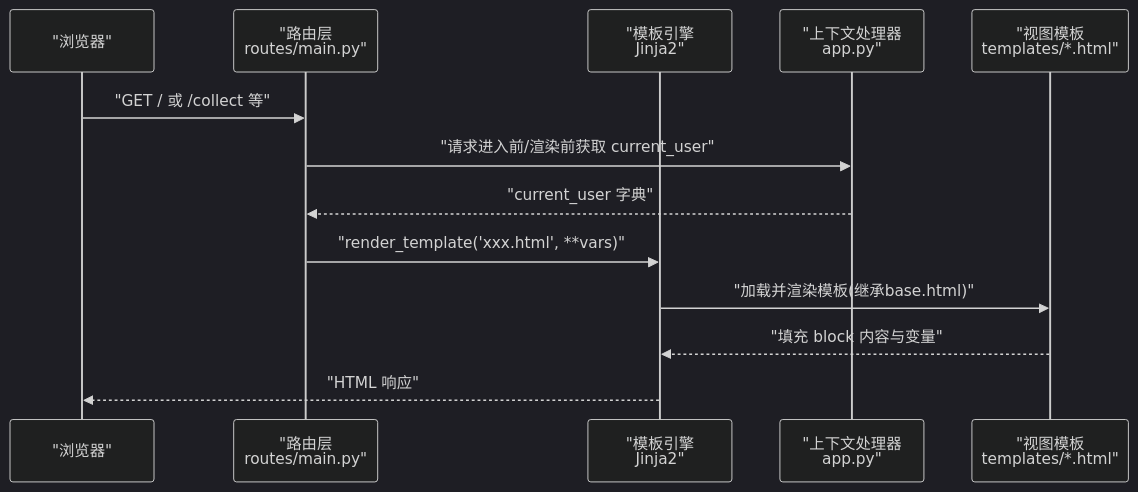
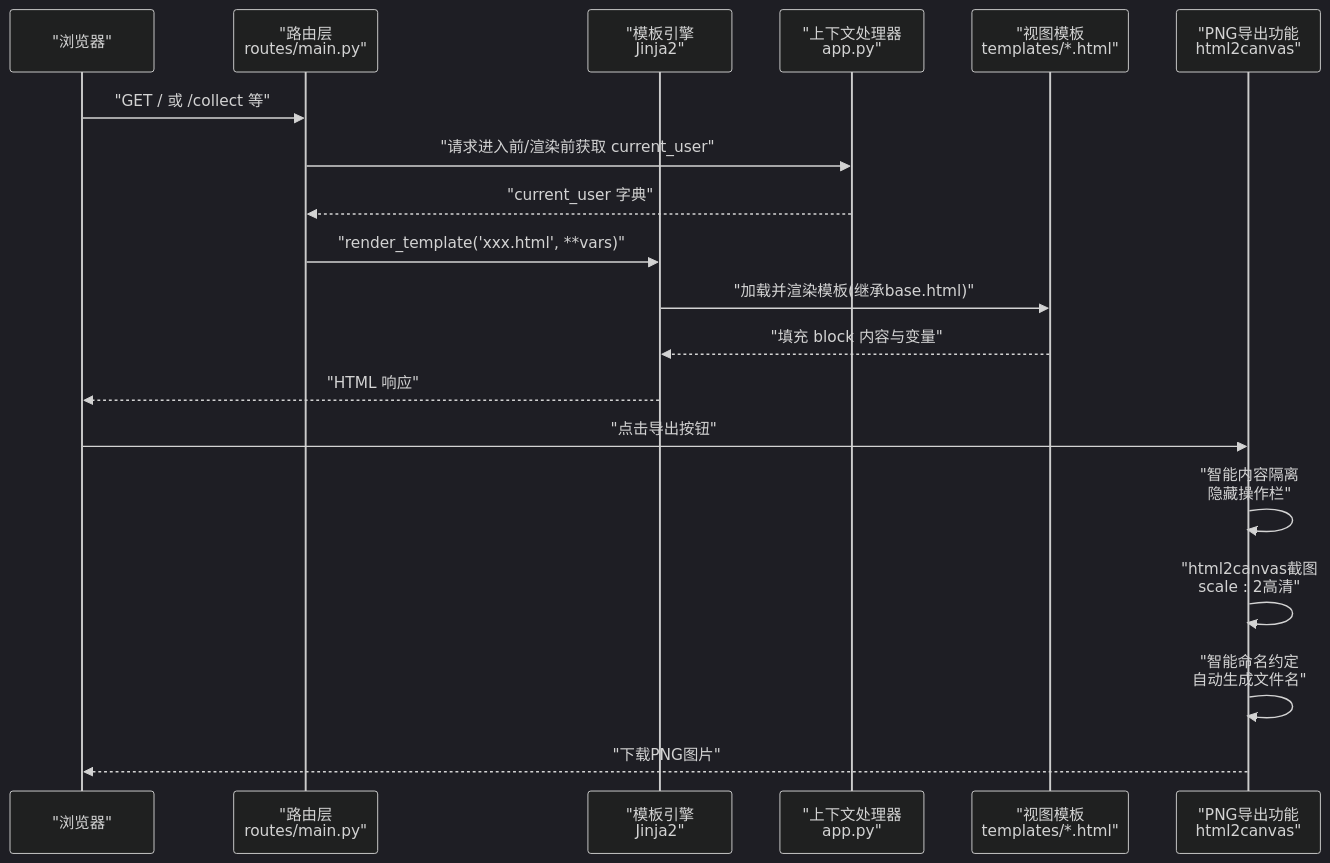
One commit to oreovan567-pixel/middle-platform-data-collector changed the second of 6 diagrams in .qoder/repowiki/zh/content/Web应用/前端界面/模板系统.md. Above: the diagram before and after it, drawn with Mermaid (dark theme). The commit also changed other lines of this file and 9 other files, not shown here.

````diff
--- a/.qoder/repowiki/zh/content/Web应用/前端界面/模板系统.md
+++ b/.qoder/repowiki/zh/content/Web应用/前端界面/模板系统.md
@@ -81,15 +105,21 @@
 ```mermaid
 sequenceDiagram
 participant U as "浏览器"
 participant R as "路由层<br/>routes/main.py"
 participant T as "模板引擎<br/>Jinja2"
 participant Ctx as "上下文处理器<br/>app.py"
 participant V as "视图模板<br/>templates/*.html"
+participant PNG as "PNG导出功能<br/>html2canvas"
 U->>R : "GET / 或 /collect 等"
 R->>Ctx : "请求进入前/渲染前获取 current_user"
 Ctx-->>R : "current_user 字典"
 R->>T : "render_template('xxx.html', **vars)"
 T->>V : "加载并渲染模板(继承base.html)"
 V-->>T : "填充 block 内容与变量"
 T-->>U : "HTML 响应"
+U->>PNG : "点击导出按钮"
+PNG->>PNG : "智能内容隔离<br/>隐藏操作栏"
+PNG->>PNG : "html2canvas截图<br/>scale : 2高清"
+PNG->>PNG : "智能命名约定<br/>自动生成文件名"
+PNG-->>U : "下载PNG图片"
 ```
````
